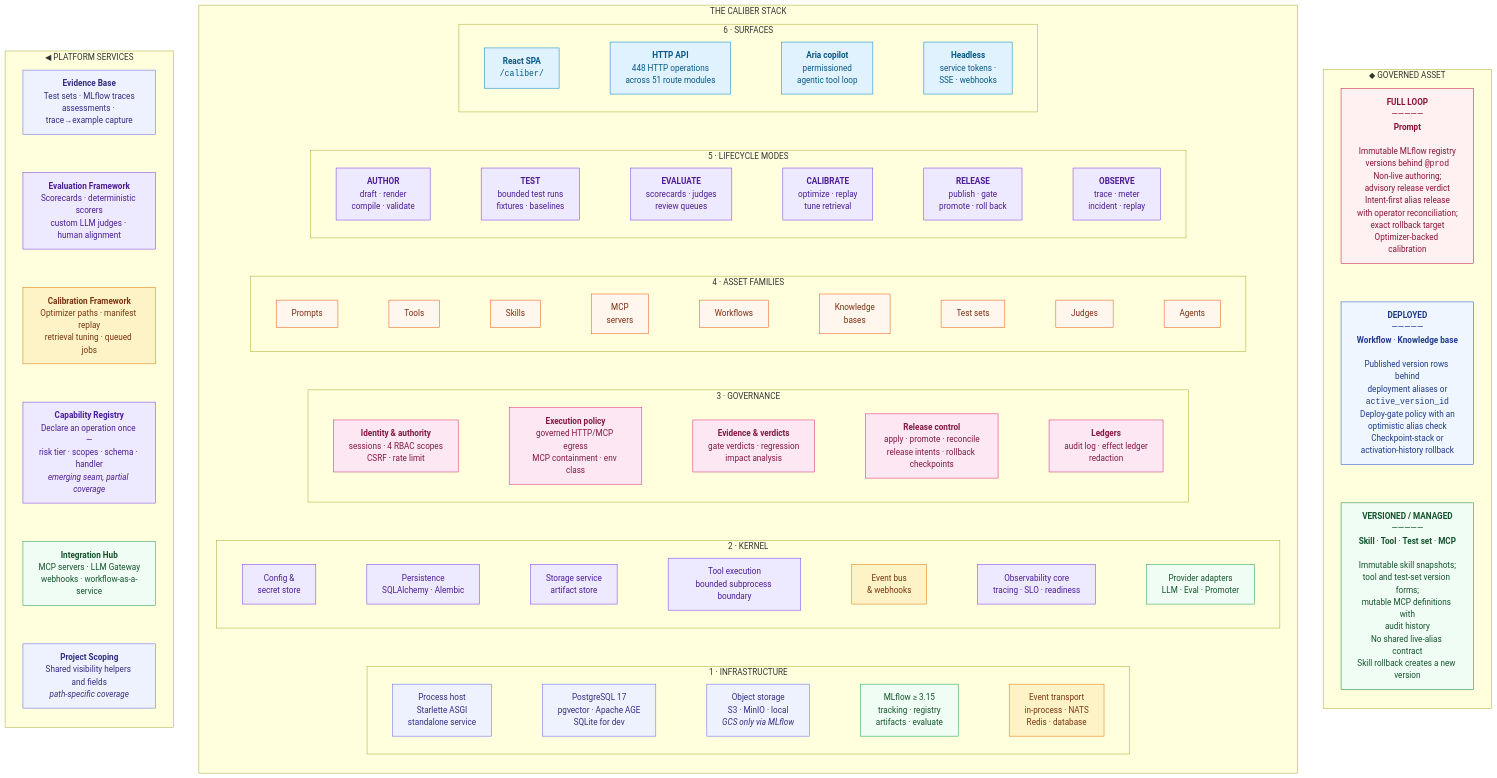
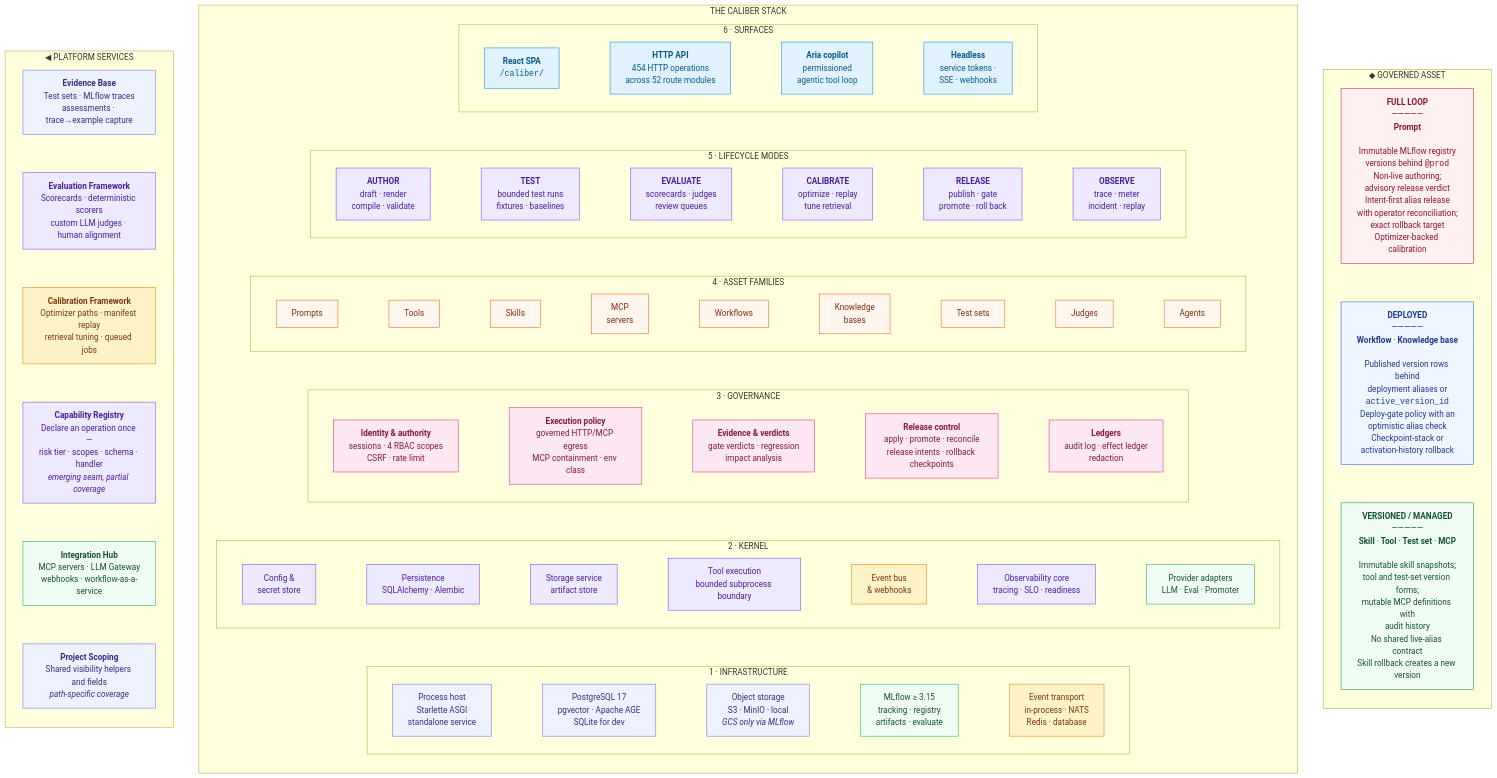
One commit to rrahimi-uci/caliber-suite changed the first of 8 diagrams in ARCHITECTURE.md. Above: the diagram before and after it, drawn with Mermaid. The commit also changed 24 other files, not shown here.

```diff
--- a/ARCHITECTURE.md
+++ b/ARCHITECTURE.md
@@ -105,7 +105,7 @@
     subgraph L6["6 · SURFACES"]
       direction LR
       s1["<b>React SPA</b><br/><code>/caliber/</code>"]:::ui
-      s2["<b>HTTP API</b><br/>448 HTTP operations<br/>across 51 route modules"]:::ui
+      s2["<b>HTTP API</b><br/>454 HTTP operations<br/>across 52 route modules"]:::ui
       s3["<b>Aria copilot</b><br/>permissioned<br/>agentic tool loop"]:::ui
       s4["<b>Headless</b><br/>service tokens ·<br/>SSE · webhooks"]:::ui
       s1 --- s2 --- s3 --- s4
```
